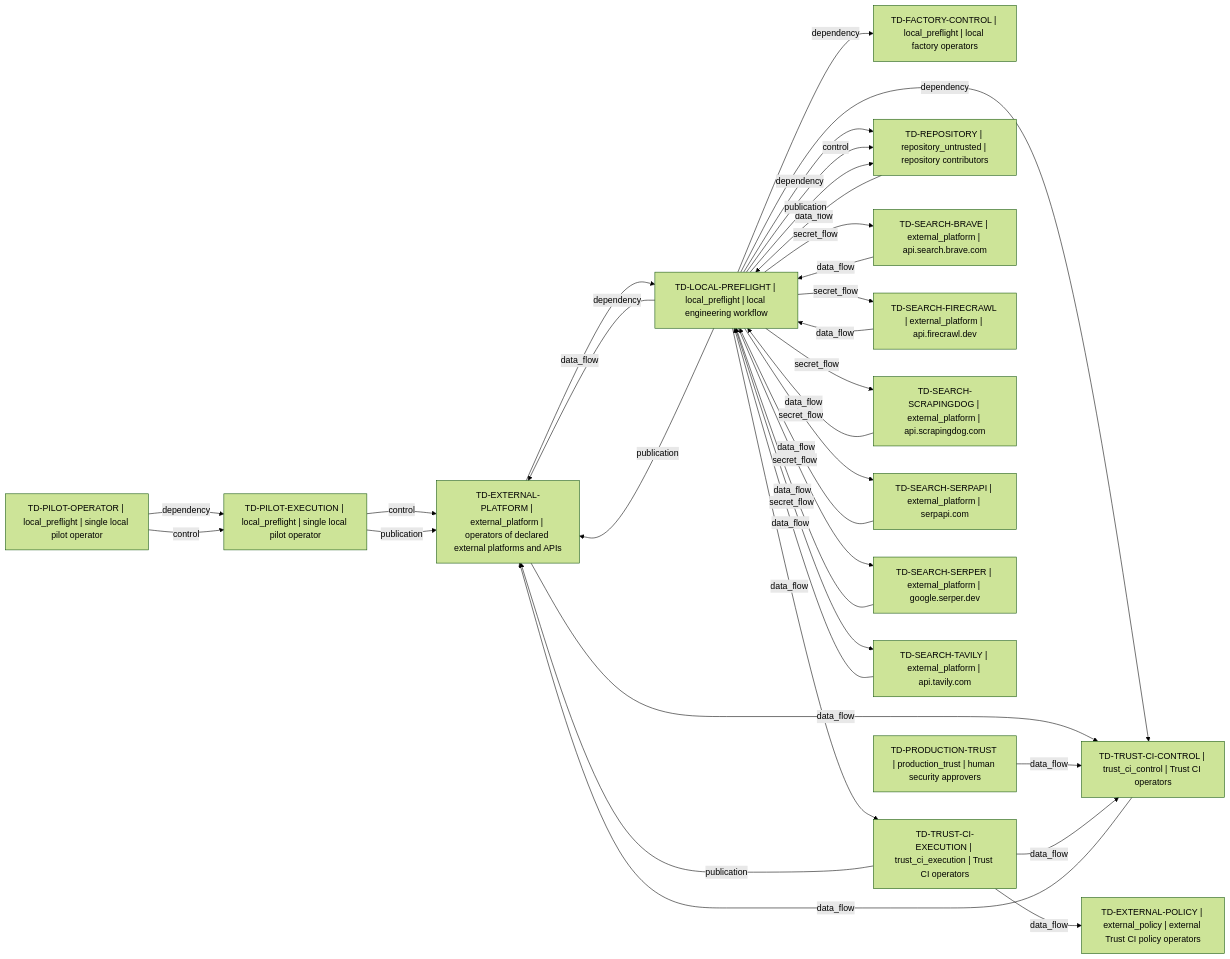
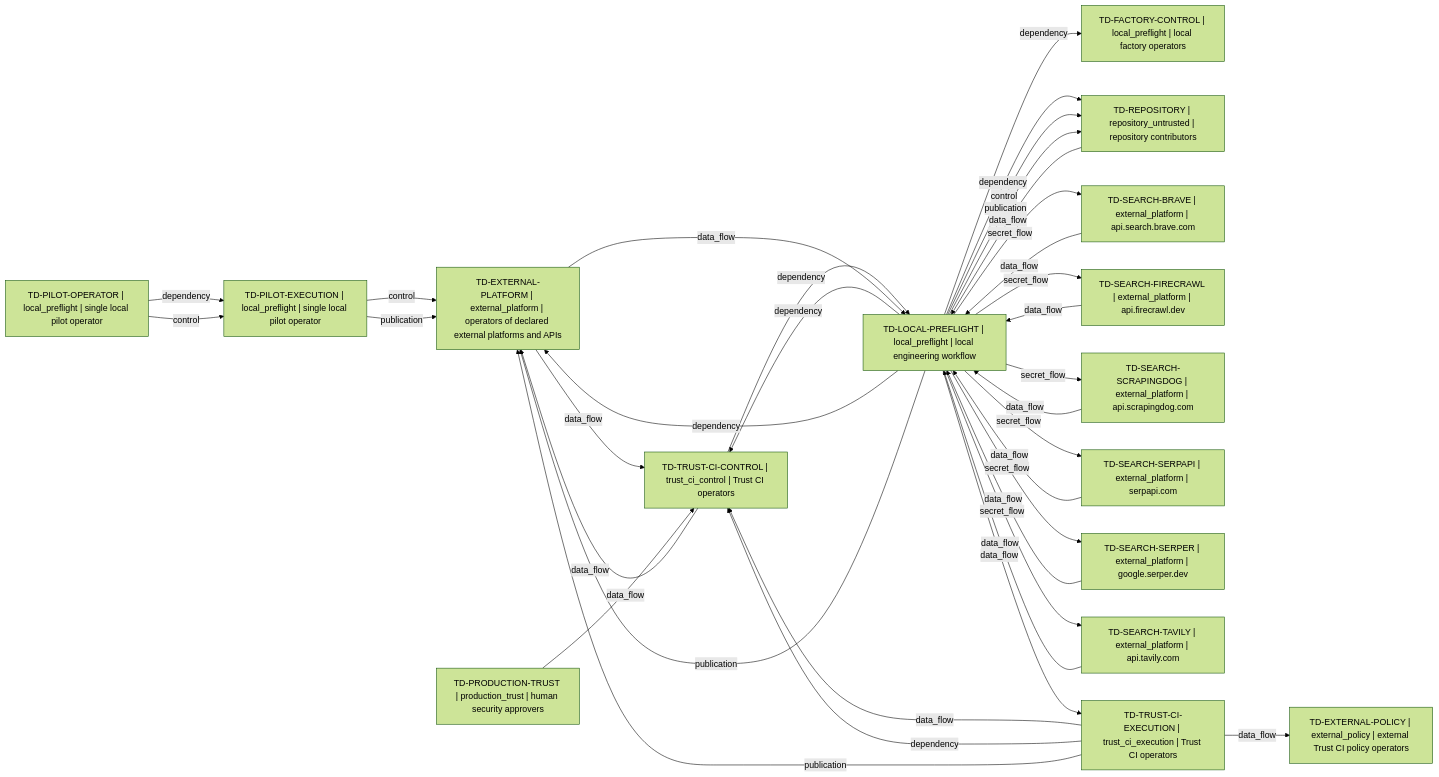
The diagram in architecture/generated/context.mmd (Dimkox/Getzilla), drawn with Mermaid (forest theme) before and after one commit. The commit also changed 15 other files, not shown here.

```diff
--- a/architecture/generated/context.mmd
+++ b/architecture/generated/context.mmd
@@ -1,49 +1,51 @@
 flowchart LR
   domain_96fb748595c57dce["TD-EXTERNAL-PLATFORM | external_platform | operators of declared external platforms and APIs"]
   domain_ece8d94ff661d9fb["TD-EXTERNAL-POLICY | external_policy | external Trust CI policy operators"]
   domain_c4152908c77524f2["TD-FACTORY-CONTROL | local_preflight | local factory operators"]
   domain_fa5ae843eb45e375["TD-LOCAL-PREFLIGHT | local_preflight | local engineering workflow"]
   domain_ecfc7e3b9c85919c["TD-PILOT-EXECUTION | local_preflight | single local pilot operator"]
   domain_29ad83586d8fa0ed["TD-PILOT-OPERATOR | local_preflight | single local pilot operator"]
   domain_93c532f149d3e2d5["TD-PRODUCTION-TRUST | production_trust | human security approvers"]
   domain_734c10023f9857a2["TD-REPOSITORY | repository_untrusted | repository contributors"]
   domain_815bd20bb4b72ad7["TD-SEARCH-BRAVE | external_platform | api.search.brave.com"]
   domain_9e274d2ea621c59b["TD-SEARCH-FIRECRAWL | external_platform | api.firecrawl.dev"]
   domain_5c6a7ad222a8854b["TD-SEARCH-SCRAPINGDOG | external_platform | api.scrapingdog.com"]
   domain_7f826574056fcf0d["TD-SEARCH-SERPAPI | external_platform | serpapi.com"]
   domain_393026d17617b4cb["TD-SEARCH-SERPER | external_platform | google.serper.dev"]
   domain_81aec69c410494bb["TD-SEARCH-TAVILY | external_platform | api.tavily.com"]
   domain_7f80d82d053144ab["TD-TRUST-CI-CONTROL | trust_ci_control | Trust CI operators"]
   domain_65e7aeb3bb37c460["TD-TRUST-CI-EXECUTION | trust_ci_execution | Trust CI operators"]
   domain_fa5ae843eb45e375 -->|"dependency"| domain_7f80d82d053144ab
   domain_734c10023f9857a2 -->|"data_flow"| domain_fa5ae843eb45e375
   domain_fa5ae843eb45e375 -->|"dependency"| domain_734c10023f9857a2
   domain_fa5ae843eb45e375 -->|"dependency"| domain_96fb748595c57dce
   domain_fa5ae843eb45e375 -->|"publication"| domain_96fb748595c57dce
   domain_96fb748595c57dce -->|"data_flow"| domain_7f80d82d053144ab
   domain_93c532f149d3e2d5 -->|"data_flow"| domain_7f80d82d053144ab
   domain_fa5ae843eb45e375 -->|"data_flow"| domain_65e7aeb3bb37c460
   domain_7f80d82d053144ab -->|"data_flow"| domain_96fb748595c57dce
   domain_ecfc7e3b9c85919c -->|"control"| domain_96fb748595c57dce
   domain_29ad83586d8fa0ed -->|"dependency"| domain_ecfc7e3b9c85919c
   domain_ecfc7e3b9c85919c -->|"publication"| domain_96fb748595c57dce
   domain_29ad83586d8fa0ed -->|"control"| domain_ecfc7e3b9c85919c
+  domain_7f80d82d053144ab -->|"dependency"| domain_fa5ae843eb45e375
+  domain_65e7aeb3bb37c460 -->|"data_flow"| domain_7f80d82d053144ab
+  domain_65e7aeb3bb37c460 -->|"dependency"| domain_7f80d82d053144ab
   domain_fa5ae843eb45e375 -->|"control"| domain_734c10023f9857a2
   domain_65e7aeb3bb37c460 -->|"data_flow"| domain_ece8d94ff661d9fb
   domain_fa5ae843eb45e375 -->|"secret_flow"| domain_815bd20bb4b72ad7
   domain_815bd20bb4b72ad7 -->|"data_flow"| domain_fa5ae843eb45e375
   domain_fa5ae843eb45e375 -->|"secret_flow"| domain_9e274d2ea621c59b
   domain_9e274d2ea621c59b -->|"data_flow"| domain_fa5ae843eb45e375
   domain_fa5ae843eb45e375 -->|"secret_flow"| domain_5c6a7ad222a8854b
   domain_5c6a7ad222a8854b -->|"data_flow"| domain_fa5ae843eb45e375
   domain_96fb748595c57dce -->|"data_flow"| domain_fa5ae843eb45e375
   domain_fa5ae843eb45e375 -->|"secret_flow"| domain_7f826574056fcf0d
   domain_7f826574056fcf0d -->|"data_flow"| domain_fa5ae843eb45e375
   domain_fa5ae843eb45e375 -->|"secret_flow"| domain_393026d17617b4cb
   domain_393026d17617b4cb -->|"data_flow"| domain_fa5ae843eb45e375
   domain_fa5ae843eb45e375 -->|"secret_flow"| domain_81aec69c410494bb
   domain_81aec69c410494bb -->|"data_flow"| domain_fa5ae843eb45e375
   domain_fa5ae843eb45e375 -->|"dependency"| domain_c4152908c77524f2
   domain_65e7aeb3bb37c460 -->|"publication"| domain_96fb748595c57dce
-  domain_65e7aeb3bb37c460 -->|"data_flow"| domain_7f80d82d053144ab
   domain_fa5ae843eb45e375 -->|"publication"| domain_734c10023f9857a2
```
